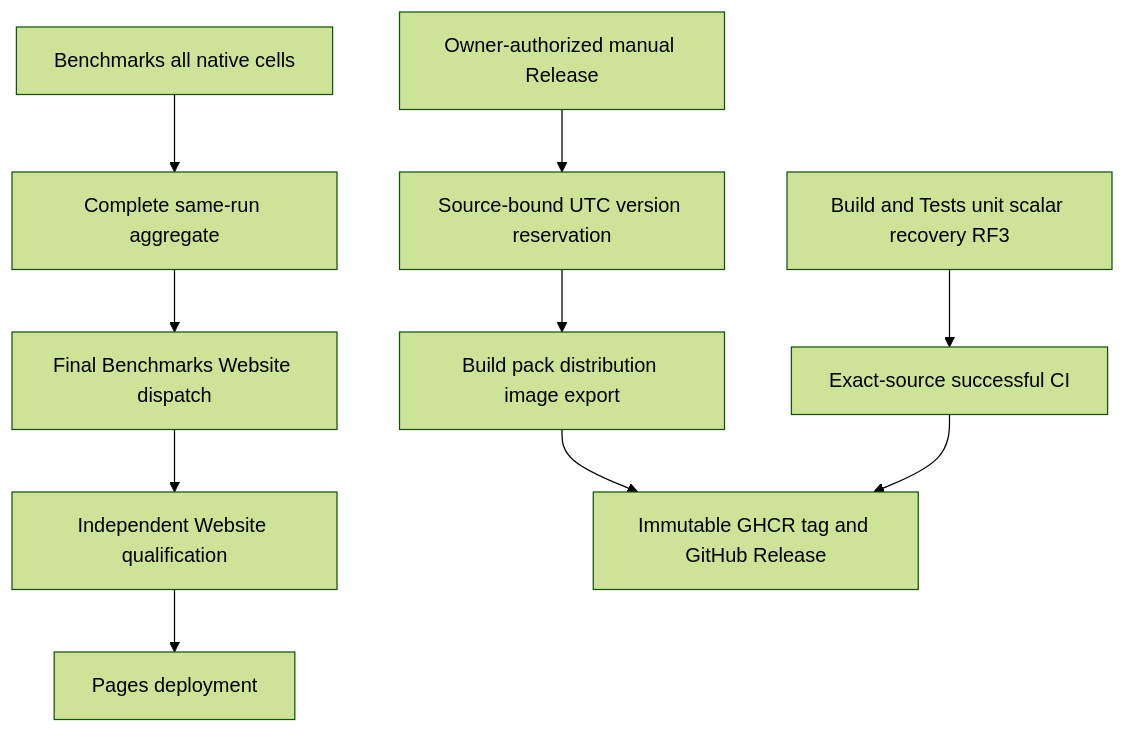
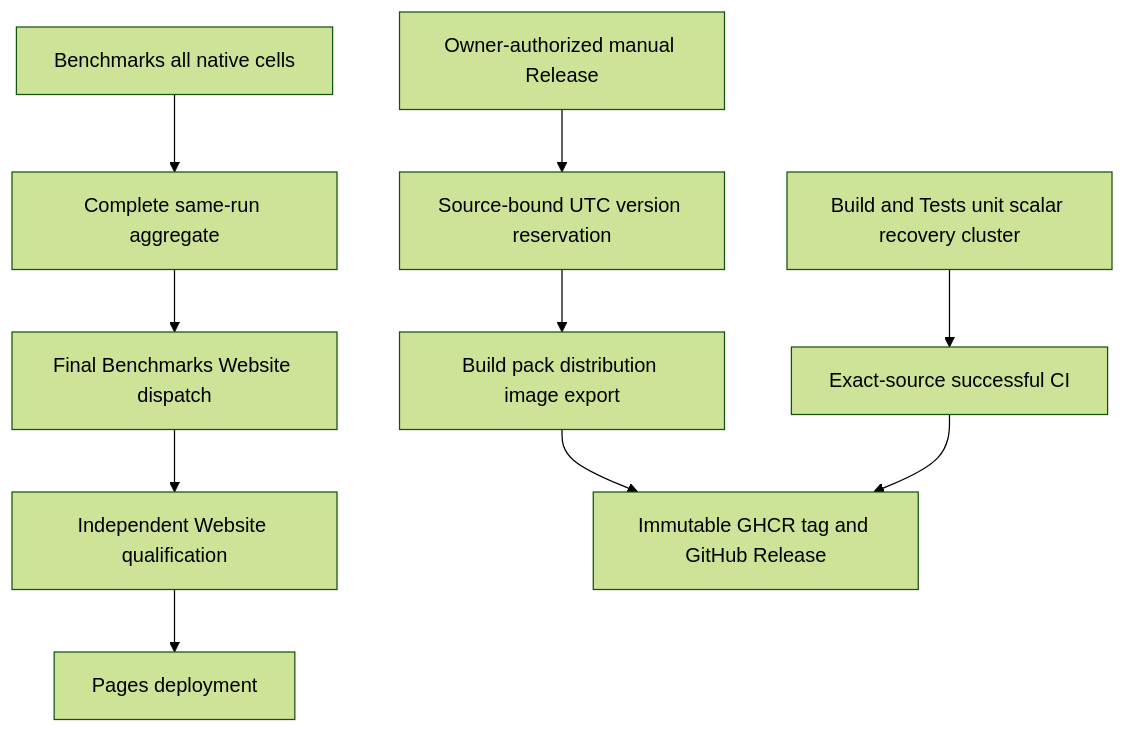
The first of 2 diagrams in docs/ADR/ADR-064-workflow-release-delivery.md (managedcode/KeyLoad), drawn with Mermaid (forest theme) before and after one commit. The commit also changed other lines of this file and 7356 other files, not shown here.

````diff
--- a/docs/ADR/ADR-064-workflow-release-delivery.md
+++ b/docs/ADR/ADR-064-workflow-release-delivery.md
@@ -21,12 +21,12 @@
 ```mermaid
 flowchart TD
-    CI[Build and Tests unit scalar recovery RF3] --> Gate[Exact-source successful CI]
+    CI[Build and Tests unit scalar recovery cluster] --> Gate[Exact-source successful CI]
     B[Benchmarks all native cells] --> A[Complete same-run aggregate]
     A --> Trigger[Final Benchmarks Website dispatch]
     Trigger --> Q[Independent Website qualification]
     Q --> D[Pages deployment]
     R[Owner-authorized manual Release] --> V[Source-bound UTC version reservation]
     V --> P[Build pack distribution image export]
     P --> F[Immutable GHCR tag and GitHub Release]
     Gate --> F
 ```
````
